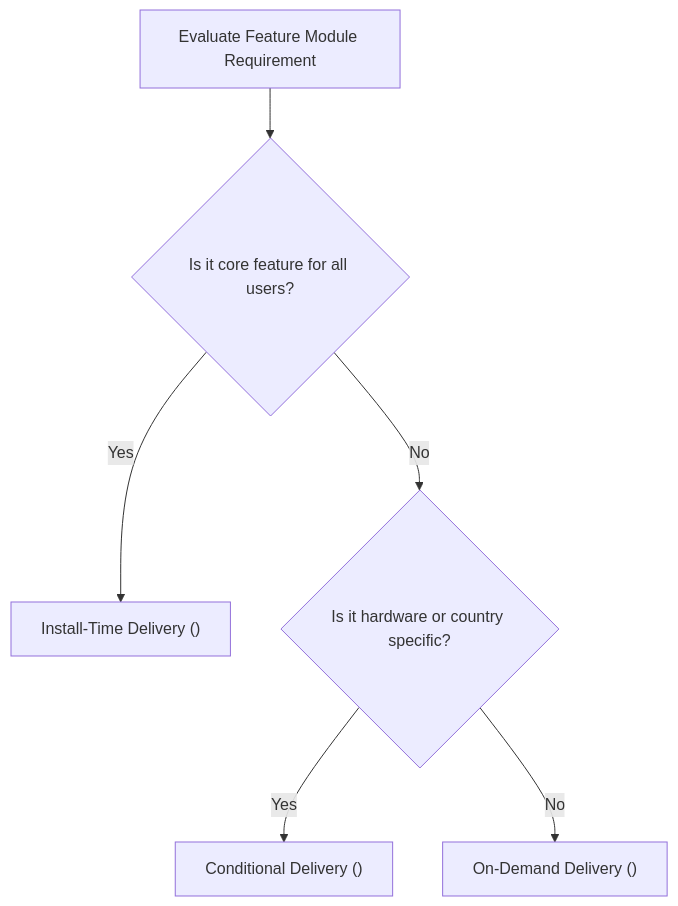
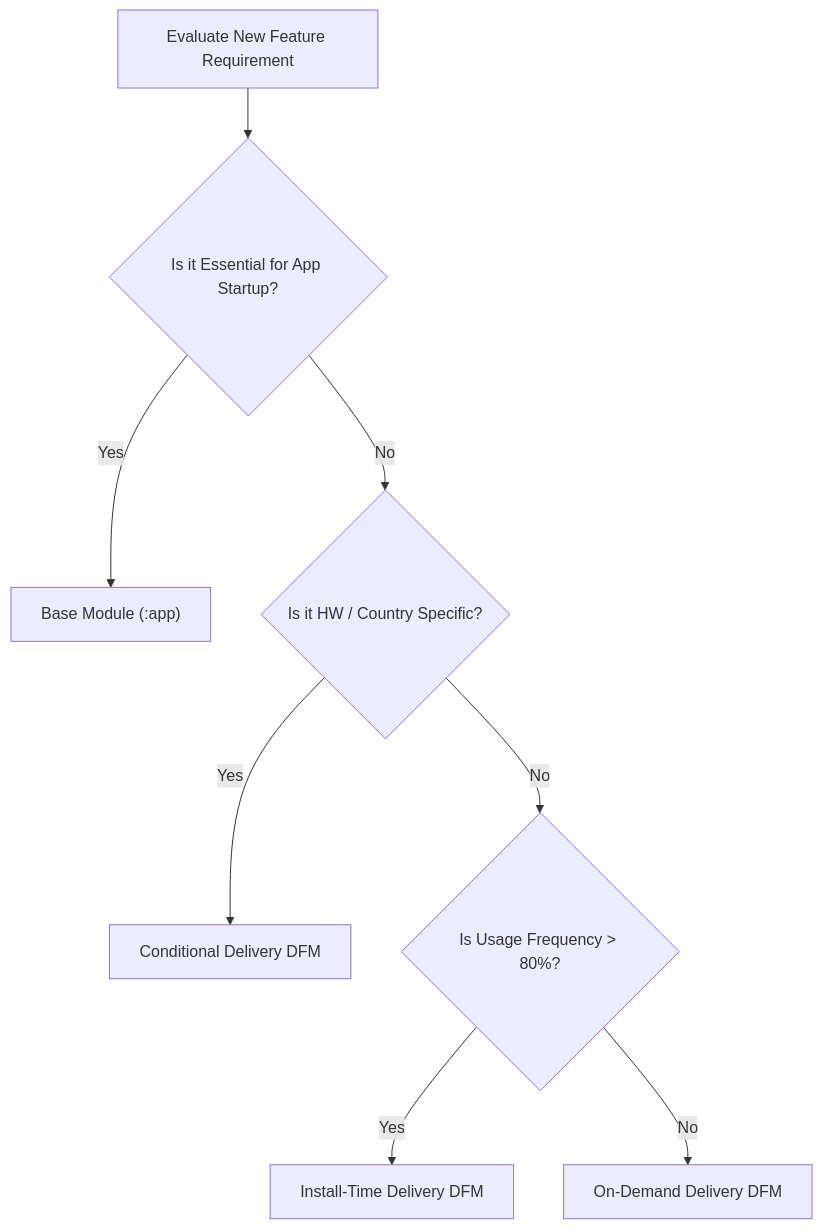
The diagram in 01_inbox/mobile/android/03_packaging_deployment/distribution/play-delivery-contracts/delivery-mode-is-selected-by-necessity-condition-and-runtime-request.md (youngmin-gwon/what-i-studied), drawn with Mermaid before and after one commit. The commit also changed other lines of this file and 134 other files, not shown here.

````diff
--- a/01_inbox/mobile/android/03_packaging_deployment/distribution/play-delivery-contracts/delivery-mode-is-selected-by-necessity-condition-and-runtime-request.md
+++ b/01_inbox/mobile/android/03_packaging_deployment/distribution/play-delivery-contracts/delivery-mode-is-selected-by-necessity-condition-and-runtime-request.md
@@ -20,8 +26,10 @@
 ```mermaid
 flowchart TD
-    Req["Evaluate Feature Module Requirement"] --> CoreCheck{"Is it core feature for all users?"}
-    CoreCheck -->|Yes| InstallTime["Install-Time Delivery (<dist:install-time/>)"]
-    CoreCheck -->|No| DevCond{"Is it hardware or country specific?"}
-    DevCond -->|Yes| Conditional["Conditional Delivery (<dist:conditions>)"]
-    DevCond -->|No| OnDemand["On-Demand Delivery (<dist:on-demand/>)"]
+    FeatureRequirement["Evaluate New Feature Requirement"] --> Essential{"Is it Essential for App Startup?"}
+    Essential -->|Yes| BaseMod["Base Module (:app)"]
+    Essential -->|No| HWCheck{"Is it HW / Country Specific?"}
+    HWCheck -->|Yes| CondDelivery["Conditional Delivery DFM"]
+    HWCheck -->|No| UsageFreq{"Is Usage Frequency > 80%?"}
+    UsageFreq -->|Yes| InstallTimeDFM["Install-Time Delivery DFM"]
+    UsageFreq -->|No| OnDemandDFM["On-Demand Delivery DFM"]
 ```
````
